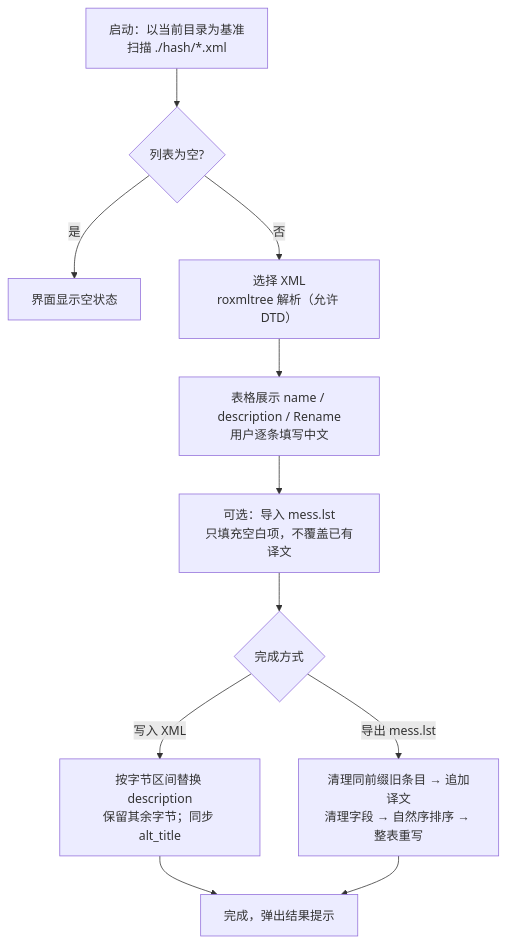
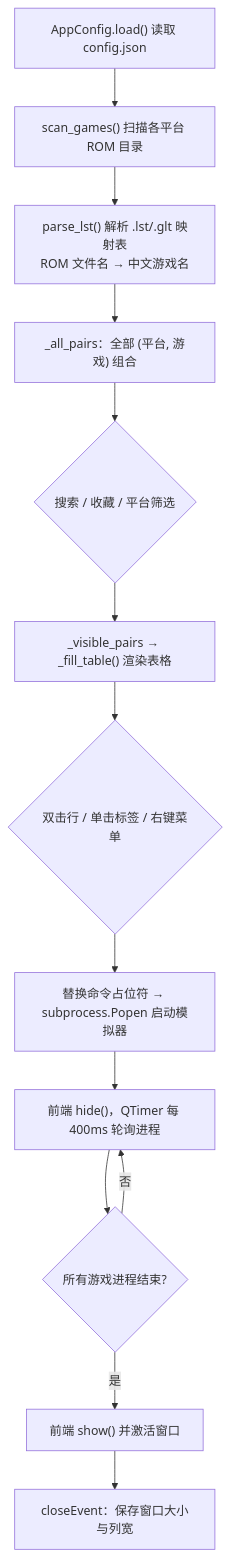
One commit to wolffy1998/MessGameList changed the diagram in README.md. Above: the diagram before and after it, drawn with Mermaid. The commit also changed other lines of this file and 159 other files, not shown here.

````diff
--- a/README.md
+++ b/README.md
@@ -28,13 +32,15 @@
 ```mermaid
 flowchart TD
-    A["启动：以当前目录为基准<br/>扫描 ./hash/*.xml"] --> B{"列表为空?"}
-    B -- 是 --> E["界面显示空状态"]
-    B -- 否 --> C["选择 XML<br/>roxmltree 解析（允许 DTD）"]
-    C --> D["表格展示 name / description / Rename<br/>用户逐条填写中文"]
-    D --> F["可选：导入 mess.lst<br/>只填充空白项，不覆盖已有译文"]
-    F --> G{"完成方式"}
-    G -- 写入 XML --> H["按字节区间替换 description<br/>保留其余字节；同步 alt_title"]
-    G -- 导出 mess.lst --> I["清理同前缀旧条目 → 追加译文<br/>清理字段 → 自然序排序 → 整表重写"]
-    H --> OK["完成，弹出结果提示"]
-    I --> OK
+    A["AppConfig.load() 读取 config.json"] --> B["scan_games() 扫描各平台 ROM 目录"]
+    B --> C["parse_lst() 解析 .lst/.glt 映射表<br/>ROM 文件名 → 中文游戏名"]
+    C --> D["_all_pairs：全部 (平台, 游戏) 组合"]
+    D --> E{"搜索 / 收藏 / 平台筛选"}
+    E --> F["_visible_pairs → _fill_table() 渲染表格"]
+    F --> G{"双击行 / 单击标签 / 右键菜单"}
+    G --> H["替换命令占位符 → subprocess.Popen 启动模拟器"]
+    H --> I["前端 hide()，QTimer 每 400ms 轮询进程"]
+    I --> J{"所有游戏进程结束?"}
+    J -- 否 --> I
+    J -- 是 --> K["前端 show() 并激活窗口"]
+    K --> L["closeEvent：保存窗口大小与列宽"]
 ```
````
